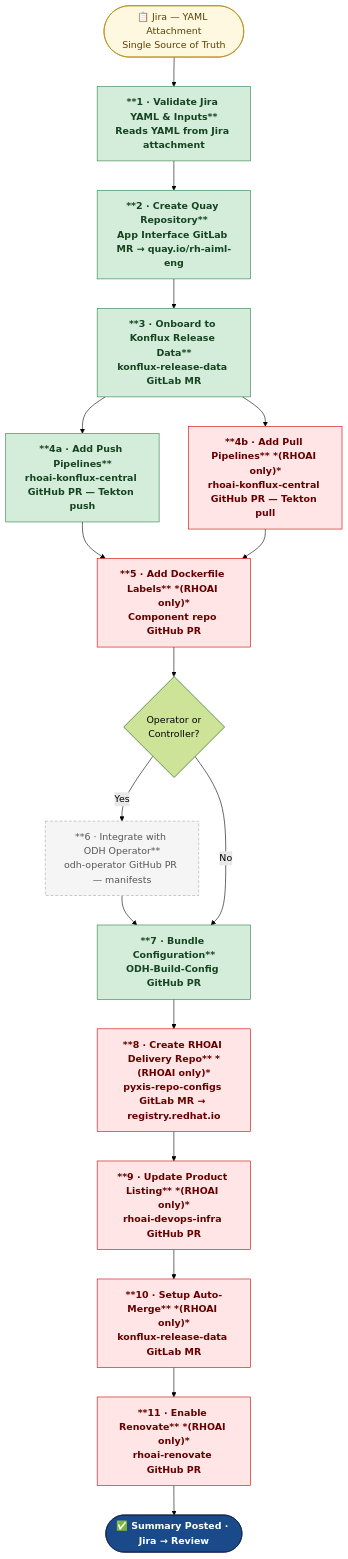
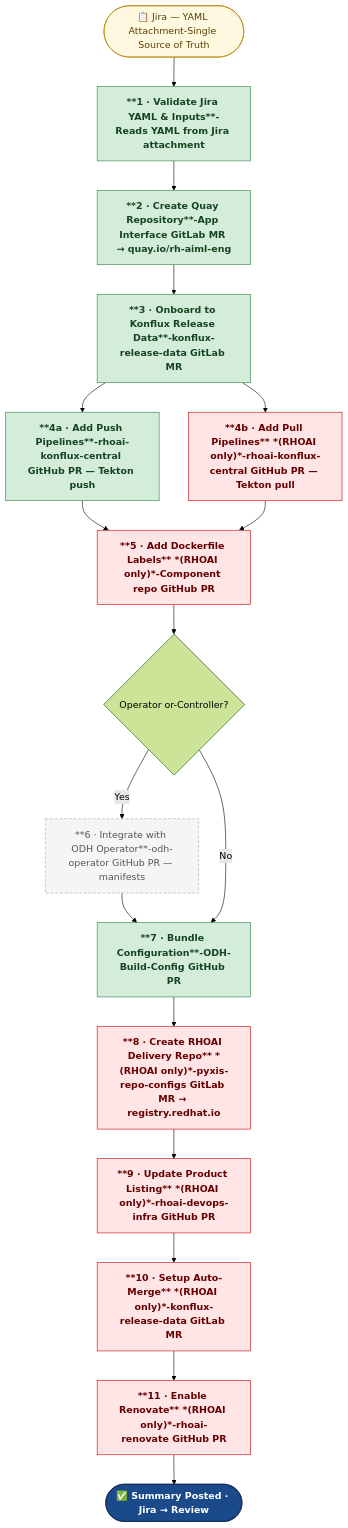
Before and after one commit to opendatahub-io/aiops-infra: the second of 3 diagrams in docs/rfds/odh-component-onboarding/flow-diagrams.md, drawn with Mermaid (forest theme). The commit also changed other lines of this file and 5 other files, not shown here.

````diff
--- a/docs/rfds/odh-component-onboarding/flow-diagrams.md
+++ b/docs/rfds/odh-component-onboarding/flow-diagrams.md
@@ -47,32 +47,32 @@
 ```mermaid
 flowchart TD
     classDef both     fill:#D4EDDA,stroke:#2D7D46,color:#154420,font-weight:bold
     classDef rhoaiOnly fill:#FFE5E5,stroke:#CC0000,color:#660000,font-weight:bold
     classDef cond     fill:#F5F5F5,stroke:#AAAAAA,color:#555555,stroke-dasharray:5 3
     classDef jira     fill:#FFF8E1,stroke:#B8860B,color:#5a4000
     classDef done     fill:#1A4A8A,stroke:#0d2045,color:#FFFFFF,font-weight:bold
 
-    JIRA([📋 Jira — YAML Attachment\nSingle Source of Truth]):::jira
+    JIRA([📋 Jira — YAML Attachment-Single Source of Truth]):::jira
 
-    S1["**1 · Validate Jira YAML & Inputs**\nReads YAML from Jira attachment"]:::both
-    S2["**2 · Create Quay Repository**\nApp Interface GitLab MR → quay.io/rh-aiml-eng"]:::both
-    S3["**3 · Onboard to Konflux Release Data**\nkonflux-release-data GitLab MR"]:::both
-    S4a["**4a · Add Push Pipelines**\nrhoai-konflux-central GitHub PR — Tekton push"]:::both
-    S4b["**4b · Add Pull Pipelines** *(RHOAI only)*\nrhoai-konflux-central GitHub PR — Tekton pull"]:::rhoaiOnly
-    S5["**5 · Add Dockerfile Labels** *(RHOAI only)*\nComponent repo GitHub PR"]:::rhoaiOnly
-    OP{Operator or\nController?}
-    S6["**6 · Integrate with ODH Operator**\nodh-operator GitHub PR — manifests"]:::cond
-    S7["**7 · Bundle Configuration**\nODH-Build-Config GitHub PR"]:::both
-    S8["**8 · Create RHOAI Delivery Repo** *(RHOAI only)*\npyxis-repo-configs GitLab MR → registry.redhat.io"]:::rhoaiOnly
-    S9["**9 · Update Product Listing** *(RHOAI only)*\nrhoai-devops-infra GitHub PR"]:::rhoaiOnly
-    S10["**10 · Setup Auto-Merge** *(RHOAI only)*\nkonflux-release-data GitLab MR"]:::rhoaiOnly
-    S11["**11 · Enable Renovate** *(RHOAI only)*\nrhoai-renovate GitHub PR"]:::rhoaiOnly
+    S1["**1 · Validate Jira YAML & Inputs**-Reads YAML from Jira attachment"]:::both
+    S2["**2 · Create Quay Repository**-App Interface GitLab MR → quay.io/rh-aiml-eng"]:::both
+    S3["**3 · Onboard to Konflux Release Data**-konflux-release-data GitLab MR"]:::both
+    S4a["**4a · Add Push Pipelines**-rhoai-konflux-central GitHub PR — Tekton push"]:::both
+    S4b["**4b · Add Pull Pipelines** *(RHOAI only)*-rhoai-konflux-central GitHub PR — Tekton pull"]:::rhoaiOnly
+    S5["**5 · Add Dockerfile Labels** *(RHOAI only)*-Component repo GitHub PR"]:::rhoaiOnly
+    OP{Operator or-Controller?}
+    S6["**6 · Integrate with ODH Operator**-odh-operator GitHub PR — manifests"]:::cond
+    S7["**7 · Bundle Configuration**-ODH-Build-Config GitHub PR"]:::both
+    S8["**8 · Create RHOAI Delivery Repo** *(RHOAI only)*-pyxis-repo-configs GitLab MR → registry.redhat.io"]:::rhoaiOnly
+    S9["**9 · Update Product Listing** *(RHOAI only)*-rhoai-devops-infra GitHub PR"]:::rhoaiOnly
+    S10["**10 · Setup Auto-Merge** *(RHOAI only)*-konflux-release-data GitLab MR"]:::rhoaiOnly
+    S11["**11 · Enable Renovate** *(RHOAI only)*-rhoai-renovate GitHub PR"]:::rhoaiOnly
     DONE(["✅ Summary Posted · Jira → Review"]):::done
 
     JIRA --> S1 --> S2 --> S3
     S3 --> S4a & S4b
     S4a & S4b --> S5 --> OP
     OP -->|Yes| S6 --> S7
     OP -->|No| S7
     S7 --> S8 --> S9 --> S10 --> S11 --> DONE
 ```
````
